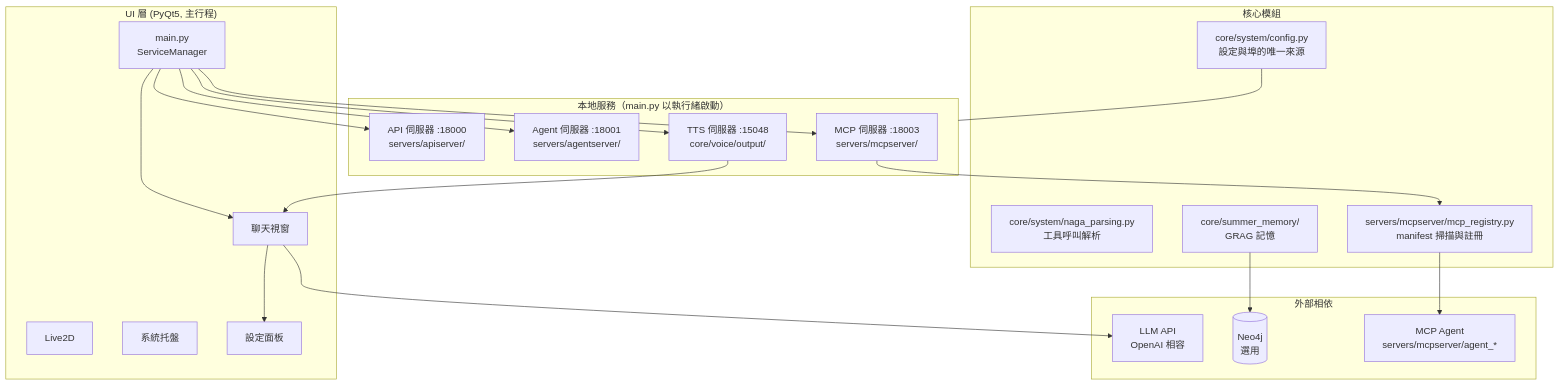
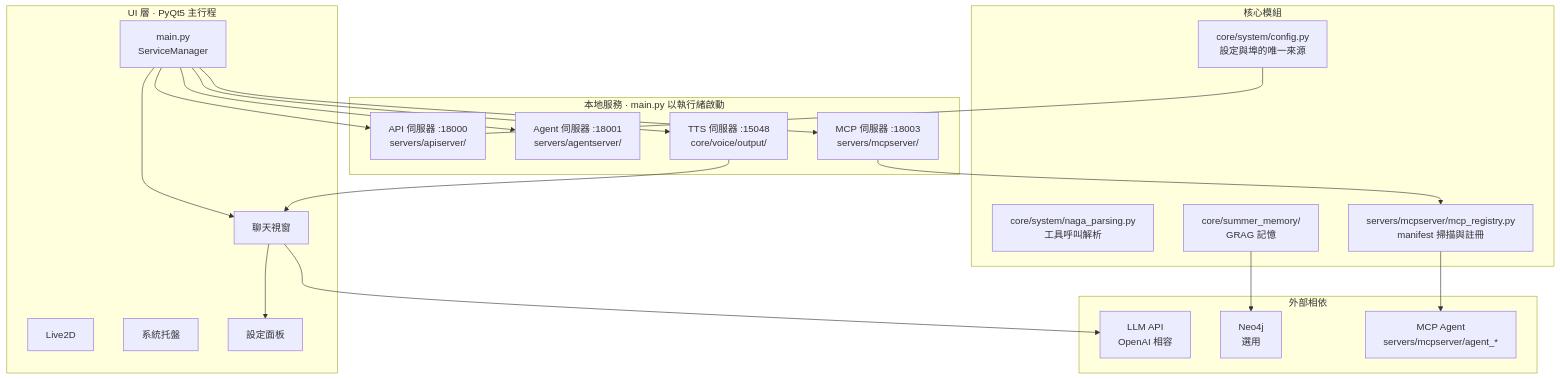
One commit to cdbge/NagaAgent changed the diagram in README_zh-Hant.md. Above: the diagram before and after it, drawn with Mermaid. The commit also changed 2 other files, not shown here.

Commit message:
docs: 架构图改用最保守的 mermaid 写法
GitHub 报 'Unable to render rich display'，而本地用 mermaid 9 / 10 / 12
分别 parse 都能通过 —— 属于渲染器的兼容性问题，不是硬语法错误。
把所有边缘写法换成最常见子集：

- graph TB → flowchart TB
- subgraph 标题里的括号/逗号 → 换成 · 分隔
- 圆柱形状 [("...")] → 普通矩形
- 指向 subgraph 的连线 → 改指该 subgraph 内的具体节点
- -.文字.-> → -.->|文字|

三份 README 同步，均通过 mermaid 10.9.8 与 12.2.0 校验。

````diff
--- a/README_zh-Hant.md
+++ b/README_zh-Hant.md
@@ -75,43 +75,43 @@
 ```mermaid
-graph TB
-    subgraph UI["UI 層 (PyQt5, 主行程)"]
+flowchart TB
+    subgraph UI["UI 層 · PyQt5 主行程"]
         Main["main.py<br/>ServiceManager"]
         Chat["聊天視窗"]
         Live2D["Live2D"]
         Tray["系統托盤"]
         Settings["設定面板"]
     end
 
-    subgraph Services["本地服務（main.py 以執行緒啟動）"]
+    subgraph Services["本地服務 · main.py 以執行緒啟動"]
         API["API 伺服器 :18000<br/>servers/apiserver/"]
         Agent["Agent 伺服器 :18001<br/>servers/agentserver/"]
         MCP["MCP 伺服器 :18003<br/>servers/mcpserver/"]
         TTS["TTS 伺服器 :15048<br/>core/voice/output/"]
     end
 
     subgraph Core["核心模組"]
         Config["core/system/config.py<br/>設定與埠的唯一來源"]
         Parsing["core/system/naga_parsing.py<br/>工具呼叫解析"]
         Registry["servers/mcpserver/mcp_registry.py<br/>manifest 掃描與註冊"]
         Memory["core/summer_memory/<br/>GRAG 記憶"]
     end
 
     subgraph Ext["外部相依"]
         LLM["LLM API<br/>OpenAI 相容"]
-        Neo4j[("Neo4j<br/>選用")]
+        Neo4j["Neo4j<br/>選用"]
         Tool["MCP Agent<br/>servers/mcpserver/agent_*"]
     end
 
     Main --> Chat
     Chat --> Settings
     Main --> API
     Main --> Agent
     Main --> MCP
     Main --> TTS
-    Config --- Services
+    Config --- API
     Registry --> Tool
     MCP --> Registry
     Memory --> Neo4j
     Chat --> LLM
     TTS --> Chat
 ```
````
